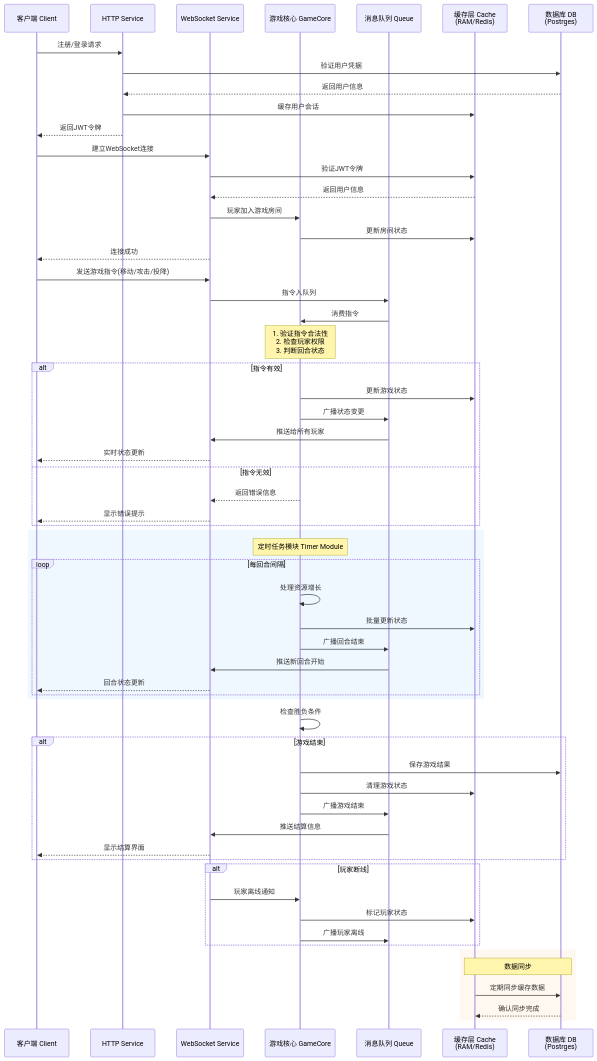
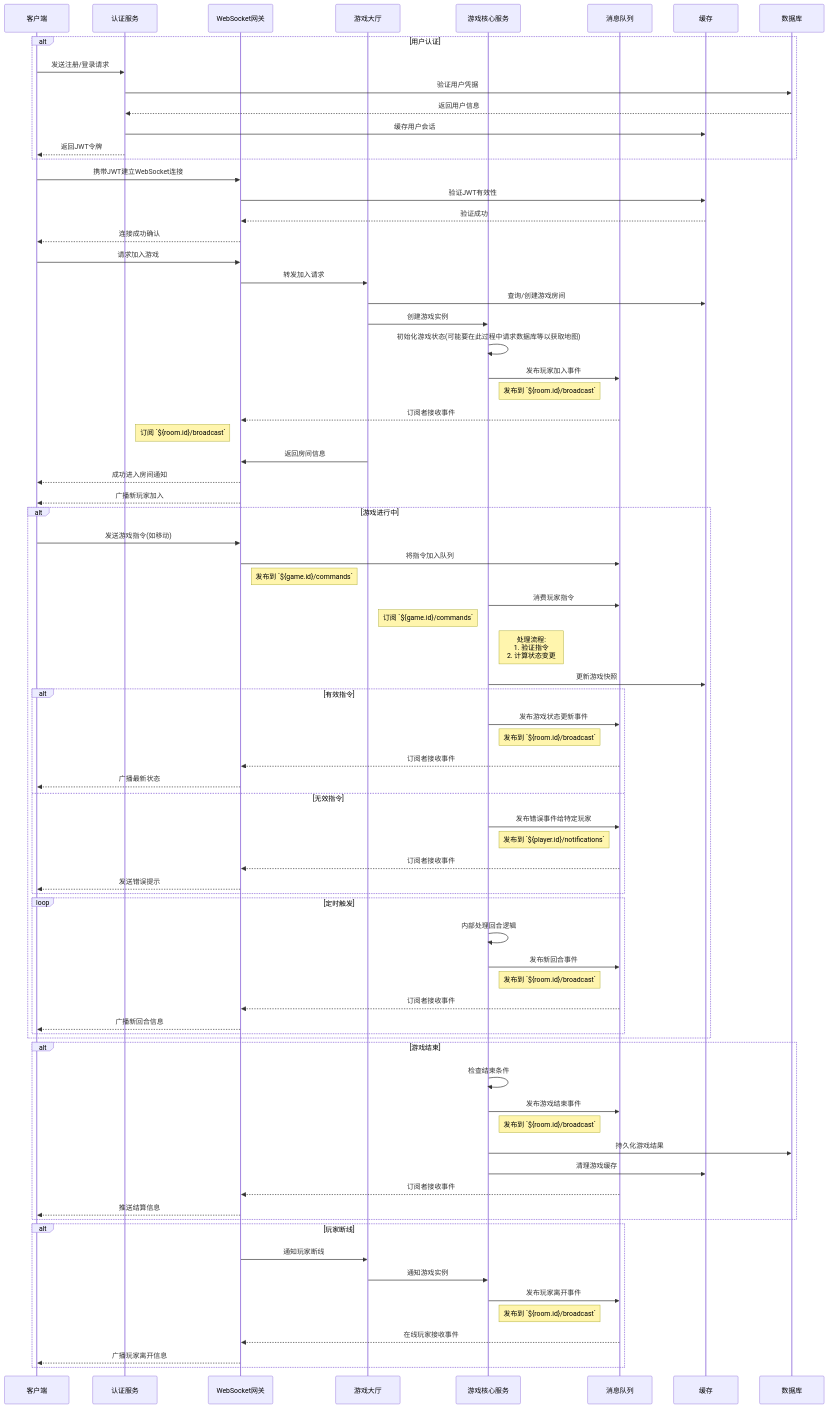
One commit to HadTeam/slareneg changed the diagram in README.md. Above: the diagram before and after it, drawn with Mermaid. The commit also changed other lines of this file and 11 other files, not shown here.

Commit message:
feat: add game logic and queue system

````diff
--- a/README.md
+++ b/README.md
@@ -26,78 +49,96 @@
 ```mermaid
 sequenceDiagram
-    participant Client as 客户端 Client
-    participant HTTP as HTTP Service
-    participant WS as WebSocket Service
-    participant Game as 游戏核心 GameCore
-    participant Queue as 消息队列 Queue
-    participant Cache as 缓存层 Cache<br/>(RAM/Redis)
-    participant DB as 数据库 DB<br/>(Postrges)
+    participant Client as 客户端
+    participant HTTP as 认证服务
+    participant WS as WebSocket网关 
+    participant Lobby as 游戏大厅
+    participant Game as 游戏核心服务
+    participant Queue as 消息队列
+    participant Cache as 缓存
+    participant DB as 数据库
 
-    %% 用户认证流程
-    Client->>HTTP: 注册/登录请求
-    HTTP->>DB: 验证用户凭据
-    DB-->>HTTP: 返回用户信息
-    HTTP->>Cache: 缓存用户会话
-    HTTP-->>Client: 返回JWT令牌
-
-    %% WebSocket连接建立
-    Client->>WS: 建立WebSocket连接
-    WS->>Cache: 验证JWT令牌
-    Cache-->>WS: 返回用户信息
-    WS->>Game: 玩家加入游戏房间
-    Game->>Cache: 更新房间状态
-    WS-->>Client: 连接成功
-
-    %% 游戏操作流程
-    Client->>WS: 发送游戏指令(移动/攻击/投降)
-    WS->>Queue: 指令入队列
-    
-    Queue->>Game: 消费指令
-    Note over Game: 1. 验证指令合法性<br/>2. 检查玩家权限<br/>3. 判断回合状态
-    
-    alt 指令有效
-        Game->>Cache: 更新游戏状态
-        Game->>Queue: 广播状态变更
-        Queue->>WS: 推送给所有玩家
-        WS-->>Client: 实时状态更新
-    else 指令无效
-        Game-->>WS: 返回错误信息
-        WS-->>Client: 显示错误提示
+    %% 1. 用户认证流程
+    alt 用户认证
+        Client->>HTTP: 发送注册/登录请求
+        HTTP->>DB: 验证用户凭据
+        DB-->>HTTP: 返回用户信息
+        HTTP->>Cache: 缓存用户会话
+        HTTP-->>Client: 返回JWT令牌
     end
 
-    %% 定时任务处理
-    rect rgb(240, 248, 255)
-        Note over Game: 定时任务模块 Timer Module
-        loop 每回合间隔
-            Game->>Game: 处理资源增长
-            Game->>Cache: 批量更新状态
-            Game->>Queue: 广播回合结束
-            Queue->>WS: 推送新回合开始
-            WS-->>Client: 回合状态更新
+    %% 2. 建立连接与游戏进入
+    Client->>WS: 携带JWT建立WebSocket连接
+    WS->>Cache: 验证JWT有效性
+    Cache-->>WS: 验证成功
+    WS-->>Client: 连接成功确认
+
+    Client->>WS: 请求加入游戏
+    WS->>Lobby: 转发加入请求
+    Lobby->>Cache: 查询/创建游戏房间
+    Lobby->>Game: 创建游戏实例
+    Game->>Game: 初始化游戏状态(可能要在此过程中请求数据库等以获取地图)
+    
+    %% 3. 玩家加入通知
+    Game->>Queue: 发布玩家加入事件
+    note right of Game: 发布到 `${room.id}/broadcast`
+    Queue-->>WS: 订阅者接收事件
+    note left of WS: 订阅 `${room.id}/broadcast`
+    
+    Lobby->>WS: 返回房间信息
+    WS-->>Client: 成功进入房间通知
+    WS-->>Client: 广播新玩家加入
+
+    %% 4. 核心游戏循环
+    alt 游戏进行中
+        Client->>WS: 发送游戏指令(如移动)
+        WS->>Queue: 将指令加入队列
+        note right of WS: 发布到 `${game.id}/commands`
+
+        Game->>Queue: 消费玩家指令
+        note left of Game: 订阅 `${game.id}/commands`
+        note right of Game: 处理流程:<br/>1. 验证指令<br/>2. 计算状态变更
+        Game->>Cache: 更新游戏快照
+
+        alt 有效指令
+            Game->>Queue: 发布游戏状态更新事件
+            note right of Game: 发布到 `${room.id}/broadcast`
+            Queue-->>WS: 订阅者接收事件
+            WS-->>Client: 广播最新状态
+        else 无效指令
+            Game->>Queue: 发布错误事件给特定玩家
+            note right of Game: 发布到 `${player.id}/notifications`
+            Queue-->>WS: 订阅者接收事件
+            WS-->>Client: 发送错误提示
+        end
+        
+        %% 游戏定时器/回合逻辑
+        loop 定时触发
+            Game->>Game: 内部处理回合逻辑
+            Game->>Queue: 发布新回合事件
+            note right of Game: 发布到 `${room.id}/broadcast`
+            Queue-->>WS: 订阅者接收事件
+            WS-->>Client: 广播新回合信息
         end
     end
 
-    %% 游戏结束流程
-    Game->>Game: 检查胜负条件
+    %% 5. 游戏结束与结算
     alt 游戏结束
-        Game->>DB: 保存游戏结果
-        Game->>Cache: 清理游戏状态
-        Game->>Queue: 广播游戏结束
-        Queue->>WS: 推送结算信息
-        WS-->>Client: 显示结算界面
+        Game->>Game: 检查结束条件
+        Game->>Queue: 发布游戏结束事件
+        note right of Game: 发布到 `${room.id}/broadcast`
+        Game->>DB: 持久化游戏结果
+        Game->>Cache: 清理游戏缓存
+        Queue-->>WS: 订阅者接收事件
+        WS-->>Client: 推送结算信息
     end
 
-    %% 异常处理
+    %% 6. 异常处理
     alt 玩家断线
-        WS->>Game: 玩家离线通知
-        Game->>Cache: 标记玩家状态
-        Game->>Queue: 广播玩家离线
-    end
-
-    %% 数据持久化
-    rect rgb(255, 248, 240)
-        Note over Cache,DB: 数据同步
-        Cache->>DB: 定期同步缓存数据
-        DB-->>Cache: 确认同步完成
+        WS->>Lobby: 通知玩家断线
+        Lobby->>Game: 通知游戏实例
+        Game->>Queue: 发布玩家离开事件
+        note right of Game: 发布到 `${room.id}/broadcast`
+        Queue-->>WS: 在线玩家接收事件
+        WS-->>Client: 广播玩家离开信息
     end
 ```
````
